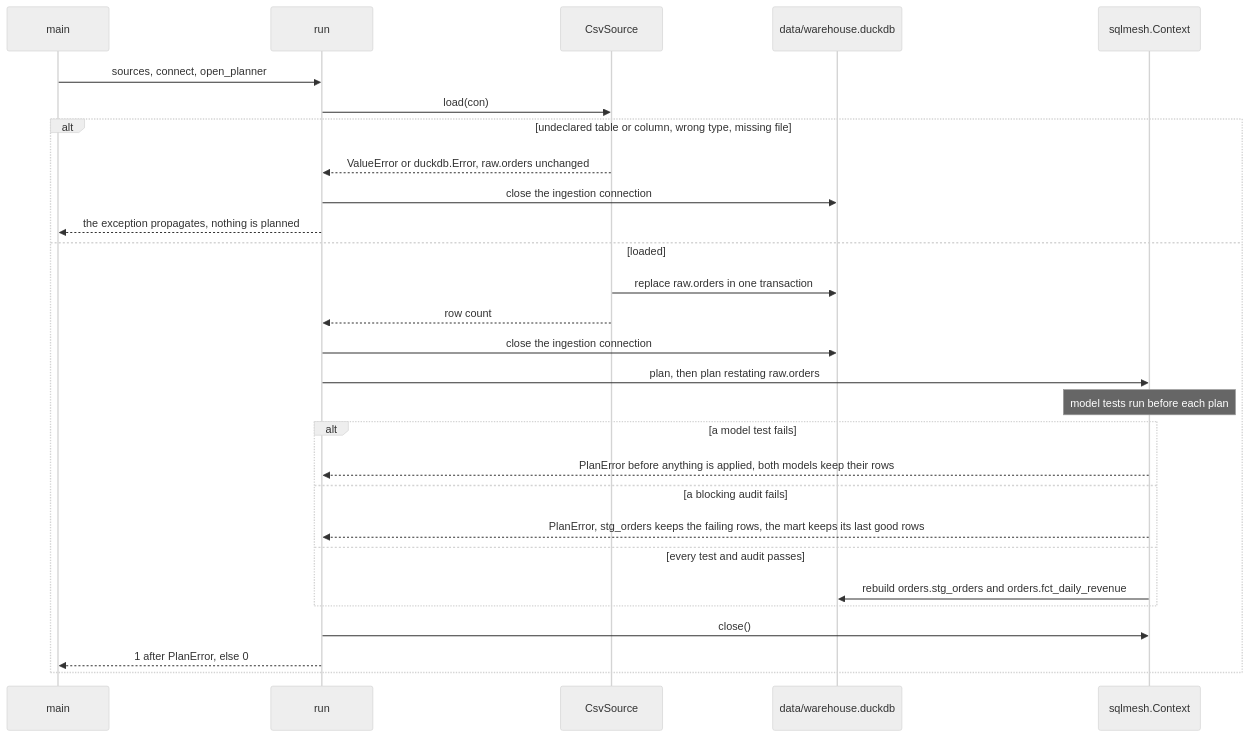
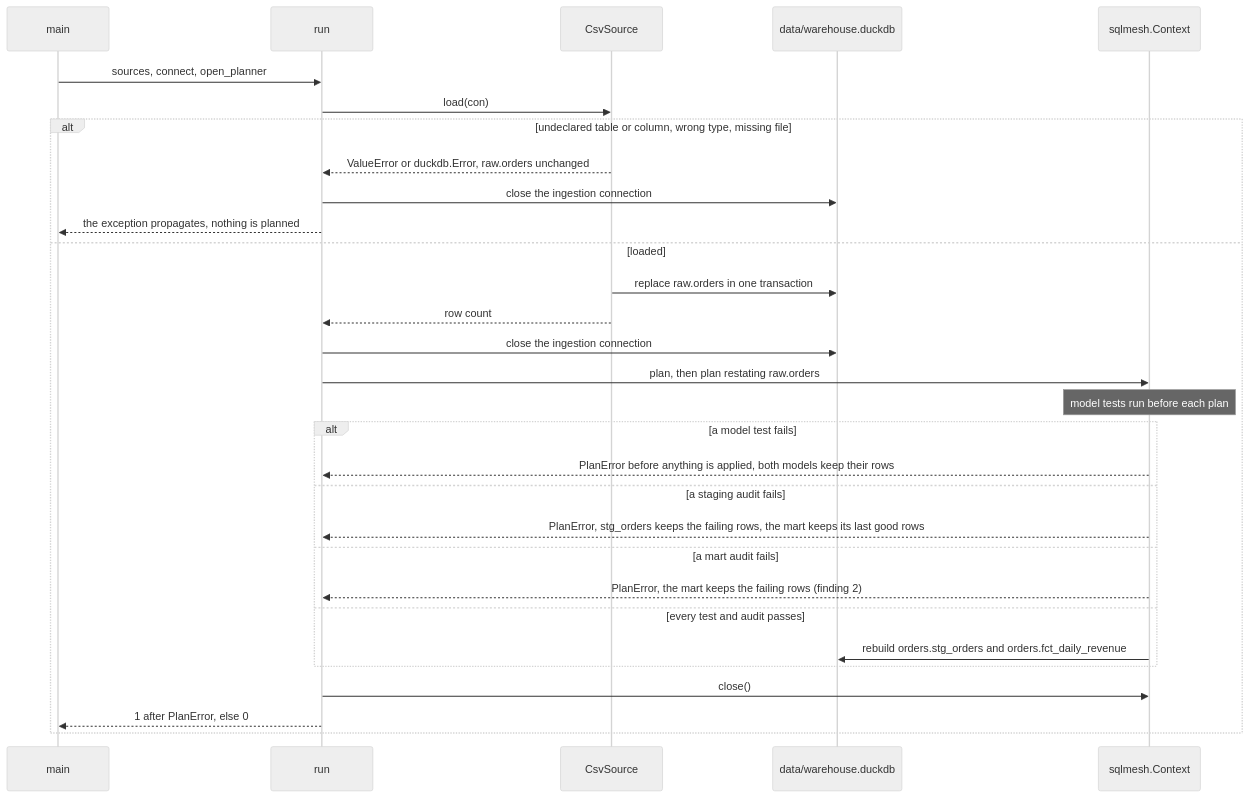
Before and after one commit to CarlosSolrac/template-sqlmesh-duckdb: the fourth of 4 diagrams in docs/design.md, drawn with Mermaid (neutral theme). The commit also changed other lines of this file, not shown here.

First line of the commit message:
Task 4: Record that a failing mart audit leaves its rows in the mart

````diff
--- a/docs/design.md
+++ b/docs/design.md
@@ -273,30 +282,32 @@
 ```mermaid
 sequenceDiagram
     participant Main as main
     participant Run as run
     participant Csv as CsvSource
     participant DB as data/warehouse.duckdb
     participant SQLMesh as sqlmesh.Context
     Main->>Run: sources, connect, open_planner
     Run->>Csv: load(con)
     alt undeclared table or column, wrong type, missing file
         Csv-->>Run: ValueError or duckdb.Error, raw.orders unchanged
         Run->>DB: close the ingestion connection
         Run-->>Main: the exception propagates, nothing is planned
     else loaded
         Csv->>DB: replace raw.orders in one transaction
         Csv-->>Run: row count
         Run->>DB: close the ingestion connection
         Run->>SQLMesh: plan, then plan restating raw.orders
         Note over SQLMesh: model tests run before each plan
         alt a model test fails
             SQLMesh-->>Run: PlanError before anything is applied, both models keep their rows
-        else a blocking audit fails
+        else a staging audit fails
             SQLMesh-->>Run: PlanError, stg_orders keeps the failing rows, the mart keeps its last good rows
+        else a mart audit fails
+            SQLMesh-->>Run: PlanError, the mart keeps the failing rows (finding 2)
         else every test and audit passes
             SQLMesh->>DB: rebuild orders.stg_orders and orders.fct_daily_revenue
         end
         Run->>SQLMesh: close()
         Run-->>Main: 1 after PlanError, else 0
     end
 ```
````
